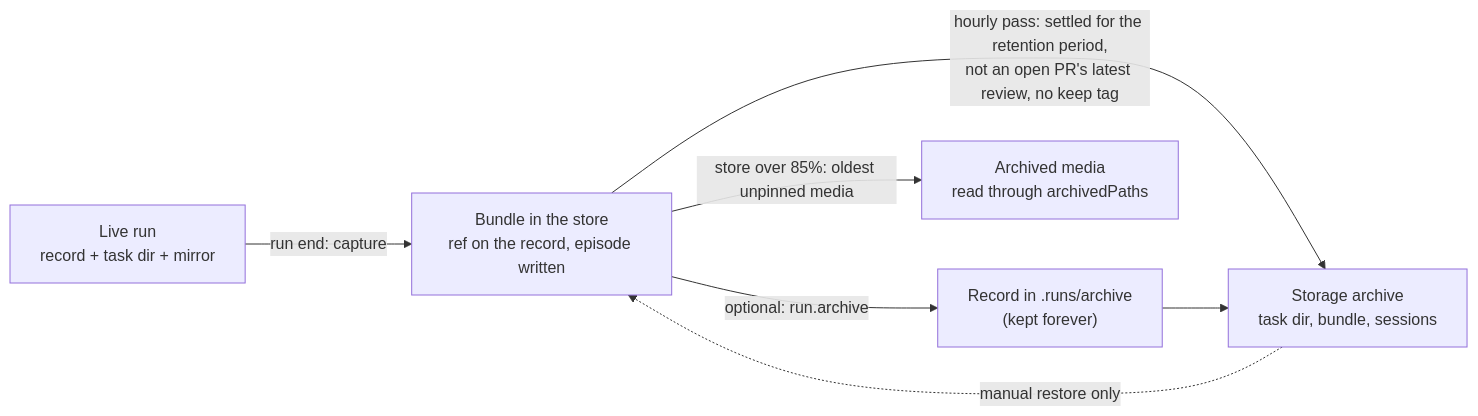
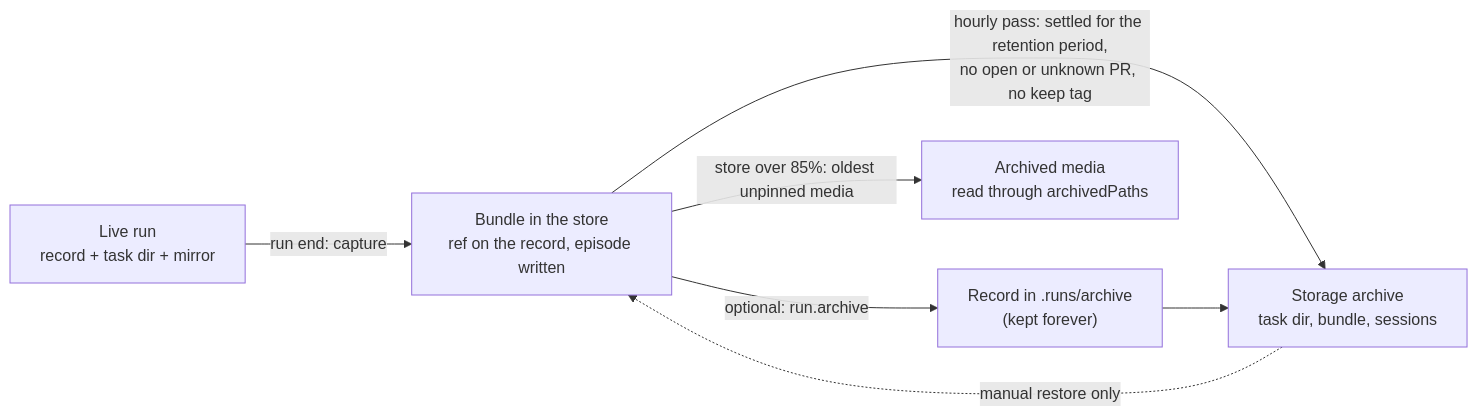
The second of 3 diagrams in docs/reference/run-data-sync.md (deeeed/farmslot), drawn with Mermaid before and after one commit. The commit also changed other lines of this file and 2 other files, not shown here.

First line of the commit message:
docs: match the final retention rule and both retention file paths

````diff
--- a/docs/reference/run-data-sync.md
+++ b/docs/reference/run-data-sync.md
@@ -179,9 +186,9 @@
 ```mermaid
 flowchart LR
   Live["Live run<br/>record + task dir + mirror"] -->|run end: capture| Bundle["Bundle in the store<br/>ref on the record, episode written"]
   Bundle -->|"optional: run.archive"| RecArch["Record in .runs/archive<br/>(kept forever)"]
-  Bundle -->|"hourly pass: settled for the retention period,<br/>not an open PR's latest review, no keep tag"| StoreArch["Storage archive<br/>task dir, bundle, sessions"]
+  Bundle -->|"hourly pass: settled for the retention period,<br/>no open or unknown PR, no keep tag"| StoreArch["Storage archive<br/>task dir, bundle, sessions"]
   RecArch --> StoreArch
   StoreArch -.->|manual restore only| Bundle
   Bundle -->|"store over 85%: oldest unpinned media"| Media["Archived media<br/>read through archivedPaths"]
 ```
````
